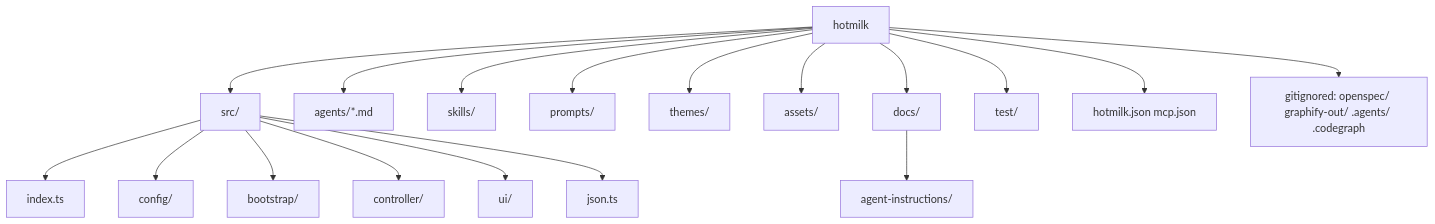
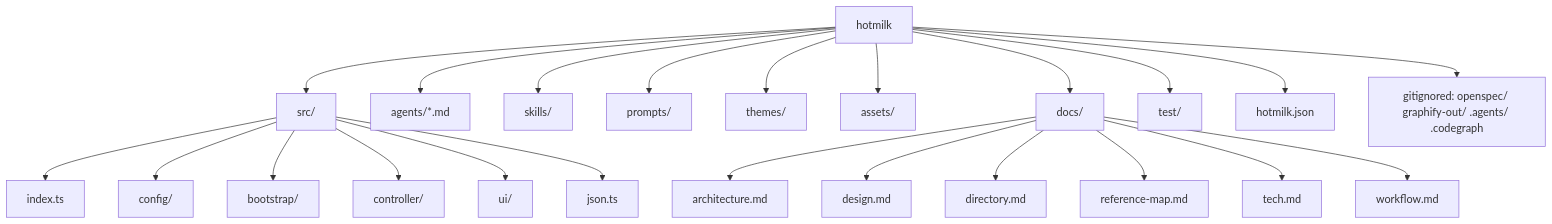
Before and after one commit to dayjobdoor/hotmilk: the diagram in docs/directory.md, drawn with Mermaid. The commit also changed other lines of this file and 69 other files, not shown here.

````diff
--- a/docs/directory.md
+++ b/docs/directory.md
@@ -5,21 +5,26 @@
 ```mermaid
 flowchart TB
   root[hotmilk]
   root --> src[src/]
   src --> index[index.ts]
   src --> config[config/]
   src --> bootstrap[bootstrap/]
   src --> controller[controller/]
   src --> ui[ui/]
   src --> json[json.ts]
   root --> agents[agents/*.md]
   root --> skills[skills/]
   root --> prompts[prompts/]
   root --> themes[themes/]
   root --> assets[assets/]
   root --> docs[docs/]
-  docs --> agentInstructions[agent-instructions/]
+  docs --> docsArchitecture["architecture.md"]
+  docs --> docsDesign["design.md"]
+  docs --> docsDirectory["directory.md"]
+  docs --> docsReference["reference-map.md"]
+  docs --> docsTech["tech.md"]
+  docs --> docsWorkflow["workflow.md"]
   root --> test[test/]
-  root --> tmpl["hotmilk.json mcp.json"]
+  root --> tmpl["hotmilk.json"]
   root --> gitig["gitignored: openspec/ graphify-out/ .agents/ .codegraph"]
 ```
````
